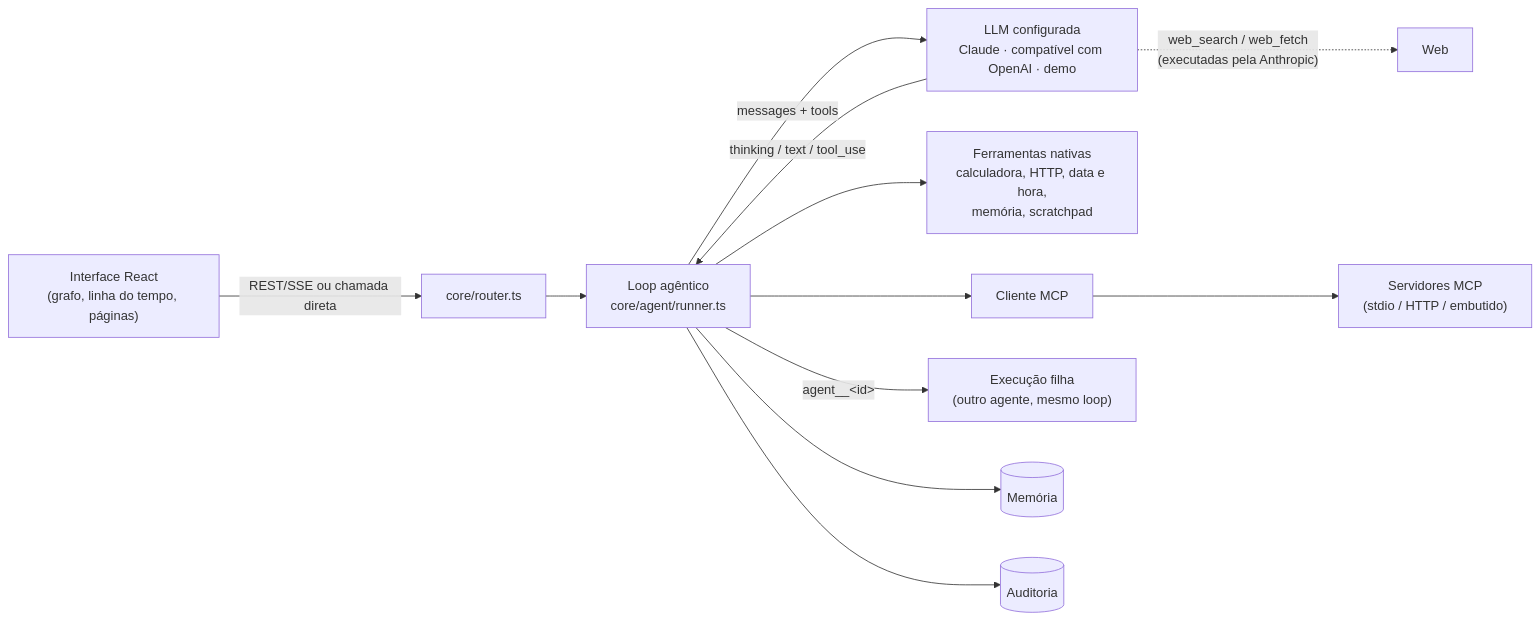
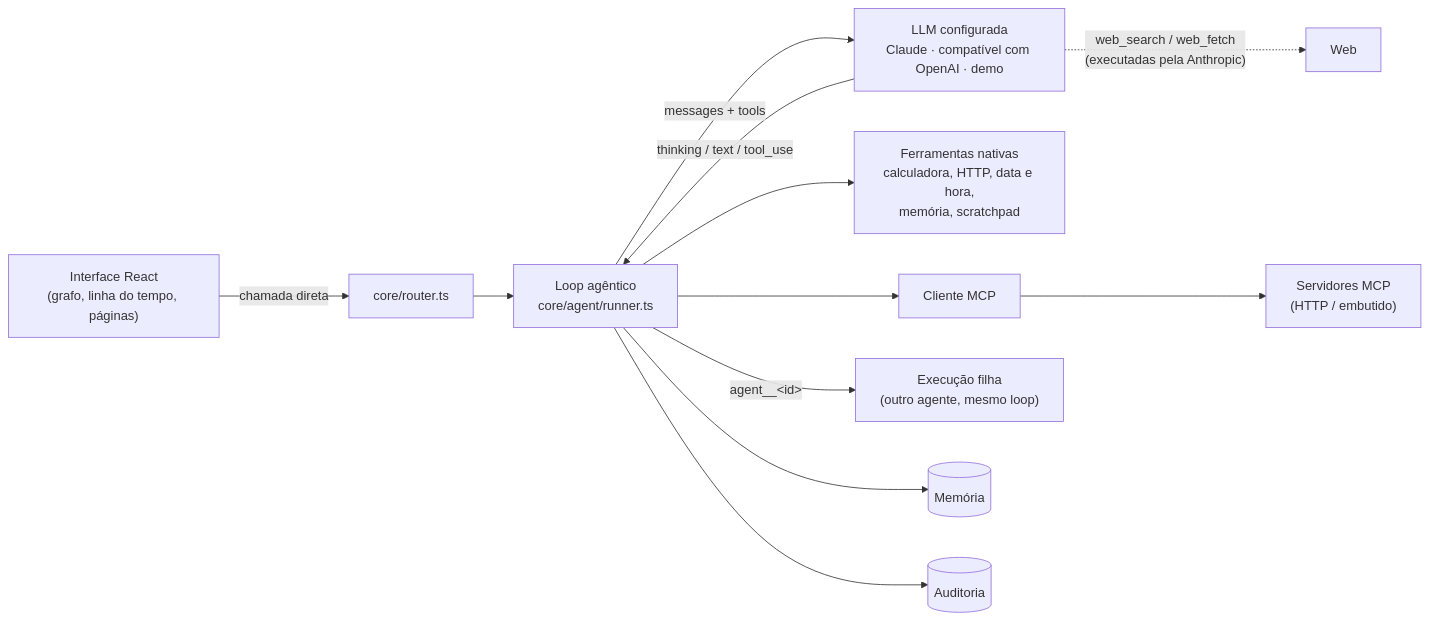
Before and after one commit to LeonardoLetr/poc_agents_plataform: the diagram in README.md, drawn with Mermaid. The commit also changed other lines of this file and 2 other files, not shown here.

Commit message:
docs: describe the browser-only architecture

````diff
--- a/README.md
+++ b/README.md
@@ -90,13 +85,13 @@
 ```mermaid
 flowchart LR
-  UI["Interface React<br/>(grafo, linha do tempo, páginas)"] -- "REST/SSE ou chamada direta" --> Router["core/router.ts"]
+  UI["Interface React<br/>(grafo, linha do tempo, páginas)"] -- "chamada direta" --> Router["core/router.ts"]
   Router --> Loop["Loop agêntico<br/>core/agent/runner.ts"]
   Loop -- "messages + tools" --> LLM["LLM configurada<br/>Claude · compatível com OpenAI · demo"]
   LLM -- "thinking / text / tool_use" --> Loop
   LLM -. "web_search / web_fetch<br/>(executadas pela Anthropic)" .-> Web["Web"]
   Loop --> Nativas["Ferramentas nativas<br/>calculadora, HTTP, data e hora,<br/>memória, scratchpad"]
-  Loop --> MCP["Cliente MCP"] --> Servers["Servidores MCP<br/>(stdio / HTTP / embutido)"]
+  Loop --> MCP["Cliente MCP"] --> Servers["Servidores MCP<br/>(HTTP / embutido)"]
   Loop -- "agent__&lt;id&gt;" --> Filha["Execução filha<br/>(outro agente, mesmo loop)"]
   Loop --> Mem[("Memória")]
   Loop --> Audit[("Auditoria")]
 ```
````
